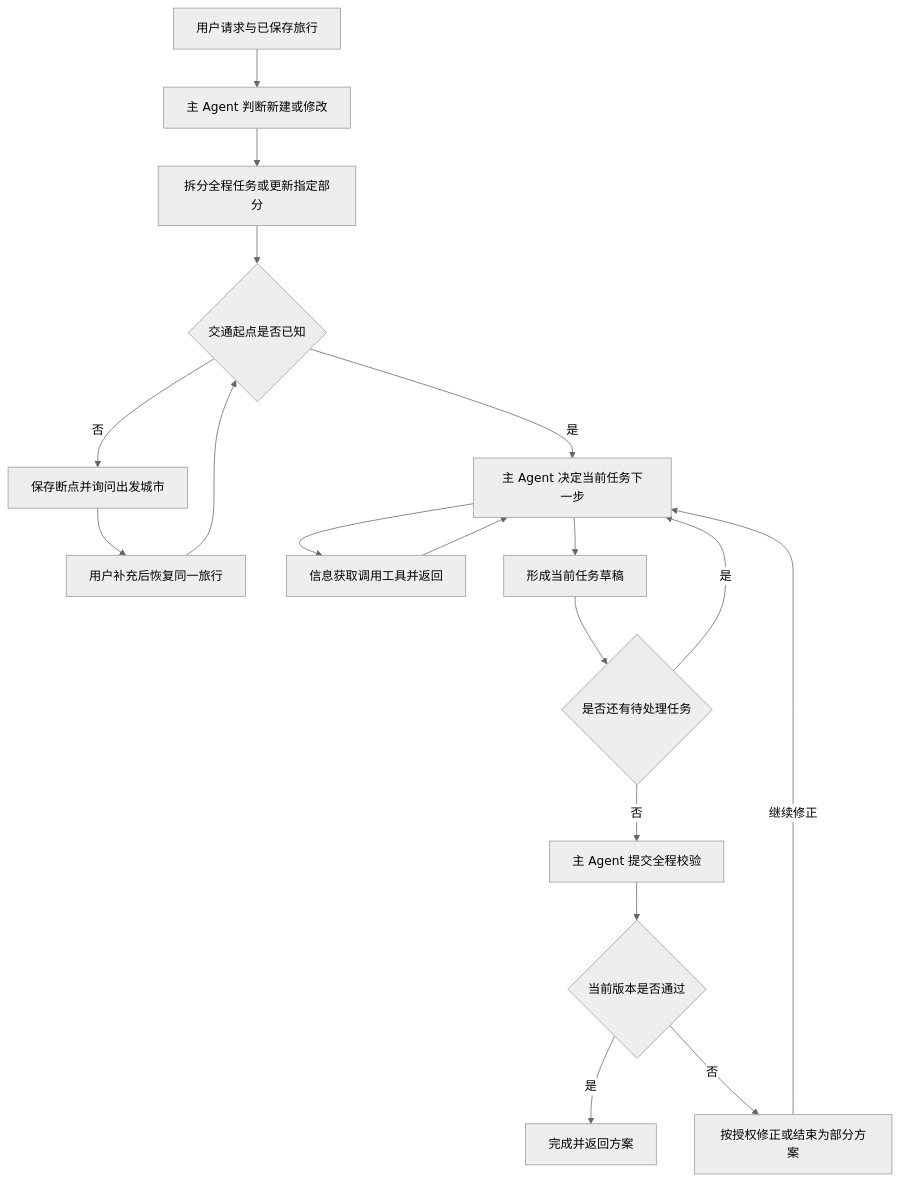
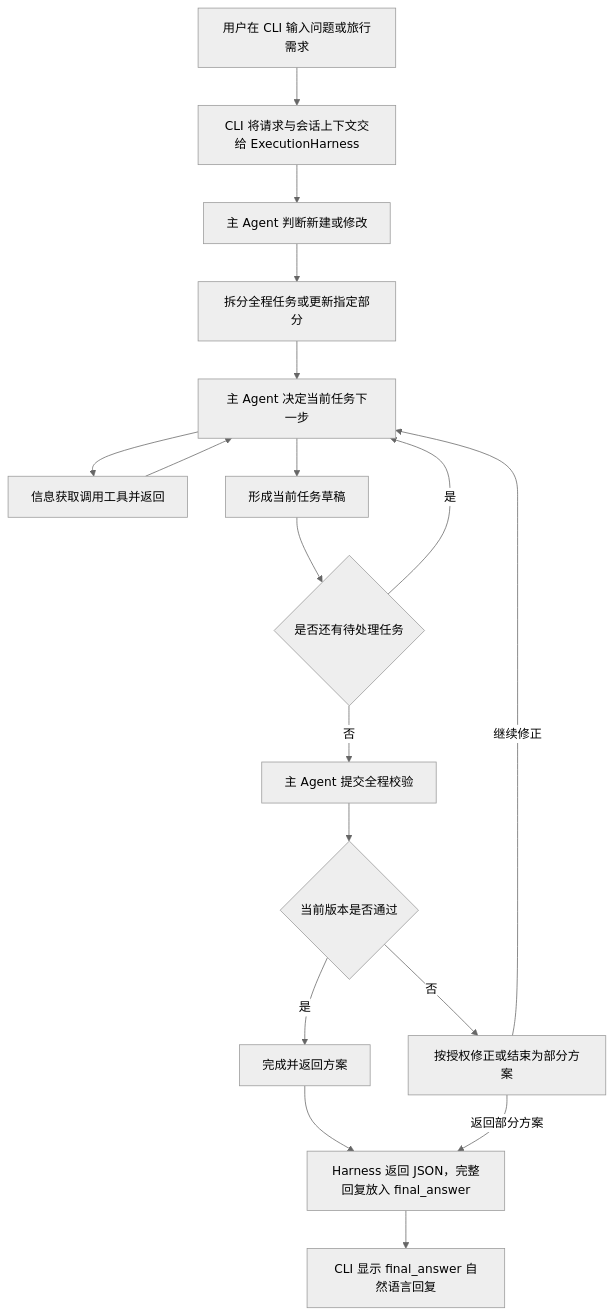
One commit to yzy703050-oss/trip-evidence-agent changed the diagram in README.md. Above: the diagram before and after it, drawn with Mermaid (neutral theme). The commit also changed other lines of this file and 9 other files, not shown here.

````diff
--- a/README.md
+++ b/README.md
@@ -142,20 +142,21 @@
 ```mermaid
 flowchart TD
-    U[用户请求与已保存旅行] --> M[主 Agent 判断新建或修改]
+    U[用户在 CLI 输入问题或旅行需求]
+    U --> H[CLI 将请求与会话上下文交给 ExecutionHarness]
+    H --> M[主 Agent 判断新建或修改]
     M --> P[拆分全程任务或更新指定部分]
-    P --> O{交通起点是否已知}
-    O -- 否 --> Q[保存断点并询问出发城市]
-    Q --> A[用户补充后恢复同一旅行]
-    A --> O
-    O -- 是 --> D[主 Agent 决定当前任务下一步]
+    P --> D[主 Agent 决定当前任务下一步]
     D --> I[信息获取调用工具并返回]
     I --> D
     D --> T[形成当前任务草稿]
     T --> N{是否还有待处理任务}
     N -- 是 --> D
     N -- 否 --> V[主 Agent 提交全程校验]
     V --> F{当前版本是否通过}
     F -- 是 --> C[完成并返回方案]
     F -- 否 --> R[按授权修正或结束为部分方案]
     R -- 继续修正 --> D
+    C --> J[Harness 返回 JSON，完整回复放入 final_answer]
+    R -- 返回部分方案 --> J
+    J --> Z[CLI 显示 final_answer 自然语言回复]
 ```
````
